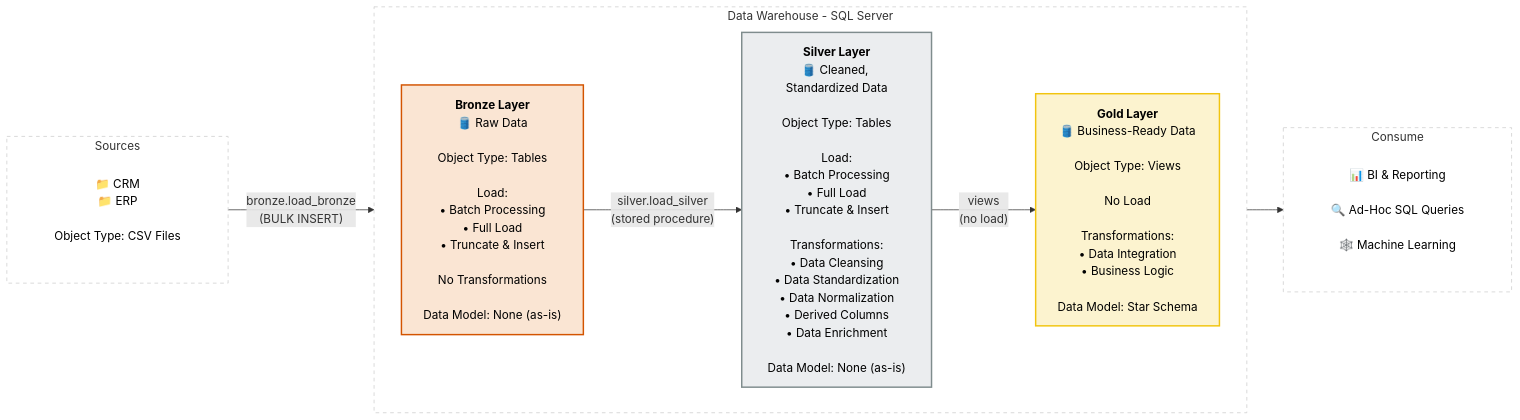
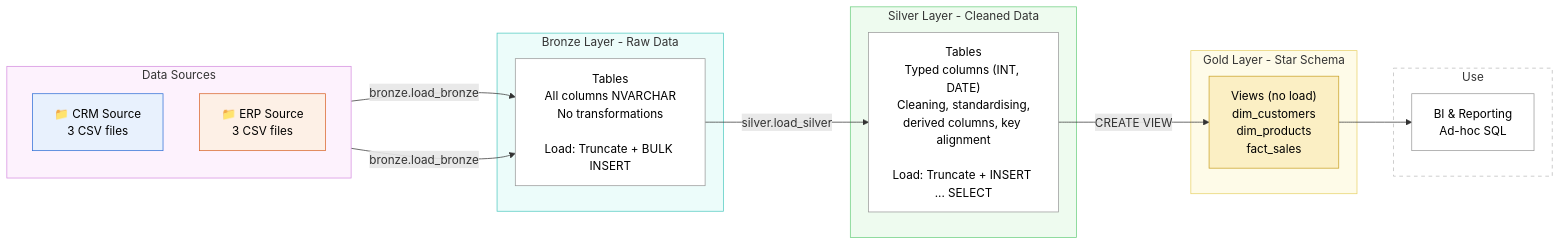
Before and after one commit to Ashwannii-20/SQL-Data-Warehouse-Project: the diagram in docs/architecture.md, drawn with Mermaid. The commit also changed 1 other file, not shown here.

Commit message:
New architecture diagram in the same style as the data flow diagram

````diff
--- a/docs/architecture.md
+++ b/docs/architecture.md
@@ -7,36 +7,44 @@
 ```mermaid
 flowchart LR
-    subgraph SRC["Sources"]
+    subgraph SRC["Data Sources"]
         direction TB
-        src["📁 CRM<br/>📁 ERP<br/><br/>Object Type: CSV Files"]
+        crm["📁 CRM Source<br/>3 CSV files"]
+        erp["📁 ERP Source<br/>3 CSV files"]
     end
 
-    subgraph DWH["Data Warehouse - SQL Server"]
-        direction LR
-        bronze["<b>Bronze Layer</b><br/>🛢️ Raw Data<br/><br/>Object Type: Tables<br/><br/>Load:<br/>• Batch Processing<br/>• Full Load<br/>• Truncate & Insert<br/><br/>No Transformations<br/><br/>Data Model: None (as-is)"]
-        silver["<b>Silver Layer</b><br/>🛢️ Cleaned, Standardized Data<br/><br/>Object Type: Tables<br/><br/>Load:<br/>• Batch Processing<br/>• Full Load<br/>• Truncate & Insert<br/><br/>Transformations:<br/>• Data Cleansing<br/>• Data Standardization<br/>• Data Normalization<br/>• Derived Columns<br/>• Data Enrichment<br/><br/>Data Model: None (as-is)"]
-        gold["<b>Gold Layer</b><br/>🛢️ Business-Ready Data<br/><br/>Object Type: Views<br/><br/>No Load<br/><br/>Transformations:<br/>• Data Integration<br/>• Business Logic<br/><br/>Data Model: Star Schema"]
-        bronze -- "silver.load_silver<br/>(stored procedure)" --> silver
-        silver -- "views<br/>(no load)" --> gold
+    subgraph BR["Bronze Layer - Raw Data"]
+        bronze["Tables<br/>All columns NVARCHAR<br/>No transformations<br/><br/>Load: Truncate + BULK INSERT"]
     end
 
-    subgraph CON["Consume"]
-        direction TB
-        con["📊 BI & Reporting<br/><br/>🔍 Ad-Hoc SQL Queries<br/><br/>🕸️ Machine Learning"]
+    subgraph SV["Silver Layer - Cleaned Data"]
+        silver["Tables<br/>Typed columns (INT, DATE)<br/>Cleaning, standardising,<br/>derived columns, key alignment<br/><br/>Load: Truncate + INSERT ... SELECT"]
     end
 
-    src -- "bronze.load_bronze<br/>(BULK INSERT)" --> bronze
-    gold --> con
+    subgraph GD["Gold Layer - Star Schema"]
+        gold["Views (no load)<br/>dim_customers<br/>dim_products<br/>fact_sales"]
+    end
 
-    classDef bronzeStyle fill:#fae5d3,stroke:#d35400,stroke-width:2px,color:#000
-    classDef silverStyle fill:#ebedef,stroke:#7f8c8d,stroke-width:2px,color:#000
-    classDef goldStyle fill:#fcf3cf,stroke:#f1c40f,stroke-width:2px,color:#000
-    classDef plain fill:#fff,stroke:#fff,color:#000
-    class bronze bronzeStyle
-    class silver silverStyle
-    class gold goldStyle
-    class src,con plain
-    style SRC fill:#fff,stroke:#ccc,stroke-dasharray:5 5
-    style DWH fill:#fff,stroke:#ccc,stroke-dasharray:5 5
-    style CON fill:#fff,stroke:#ccc,stroke-dasharray:5 5
+    subgraph US["Use"]
+        use["BI & Reporting<br/>Ad-hoc SQL"]
+    end
+
+    crm -- "bronze.load_bronze" --> bronze
+    erp -- "bronze.load_bronze" --> bronze
+    bronze -- "silver.load_silver" --> silver
+    silver -- "CREATE VIEW" --> gold
+    gold --> use
+
+    classDef crmS fill:#e8f1fd,stroke:#2f6fd6,color:#000
+    classDef erpS fill:#fdf0e6,stroke:#d9662b,color:#000
+    classDef box fill:#ffffff,stroke:#999,color:#000
+    classDef goldB fill:#fbefc4,stroke:#c9a227,color:#000
+    class crm crmS
+    class erp erpS
+    class bronze,silver,use box
+    class gold goldB
+    style SRC fill:#fdf2fd,stroke:#d58ee0
+    style BR fill:#ecfcfa,stroke:#4fc9c0
+    style SV fill:#eefbef,stroke:#6ccf7f
+    style GD fill:#fefbe8,stroke:#e8d26a
+    style US fill:#ffffff,stroke:#bbb,stroke-dasharray:5 5
 ```
````
